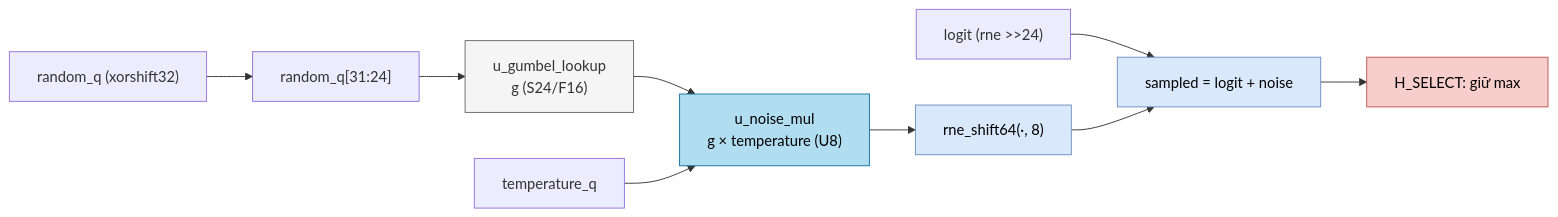
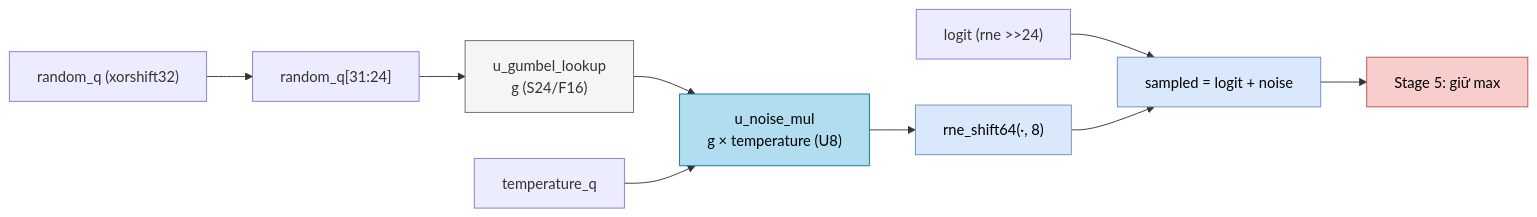
One commit to nguyennhutkhanhtom/NPU changed the diagram in Verilog Source code/doc/modules/llm_gumbel_sample.md. Above: the diagram before and after it, drawn with Mermaid. The commit also changed other lines of this file and 119 other files, not shown here.

````diff
--- a/Verilog Source code/doc/modules/llm_gumbel_sample.md
+++ b/Verilog Source code/doc/modules/llm_gumbel_sample.md
@@ -44,15 +44,15 @@
 ```mermaid
 flowchart LR
     classDef param fill:#f5f5f5,stroke:#666666,color:#333
     classDef act fill:#dae8fc,stroke:#6c8ebf,color:#000
     classDef mac fill:#b1ddf0,stroke:#10739e,color:#000
     classDef ctrl fill:#f8cecc,stroke:#b85450,color:#000
     R["random_q (xorshift32)"] --> IDX["random_q[31:24]"]
     IDX --> G["u_gumbel_lookup<br/>g (S24/F16)"]:::param
     G --> M["u_noise_mul<br/>g × temperature (U8)"]:::mac
     T["temperature_q"] --> M
     M --> SH["rne_shift64(·, 8)"]:::act
     L["logit (rne >>24)"] --> ADD["sampled = logit + noise"]:::act
     SH --> ADD
-    ADD --> SEL["H_SELECT: giữ max"]:::ctrl
+    ADD --> SEL["Stage 5: giữ max"]:::ctrl
 ```
````
